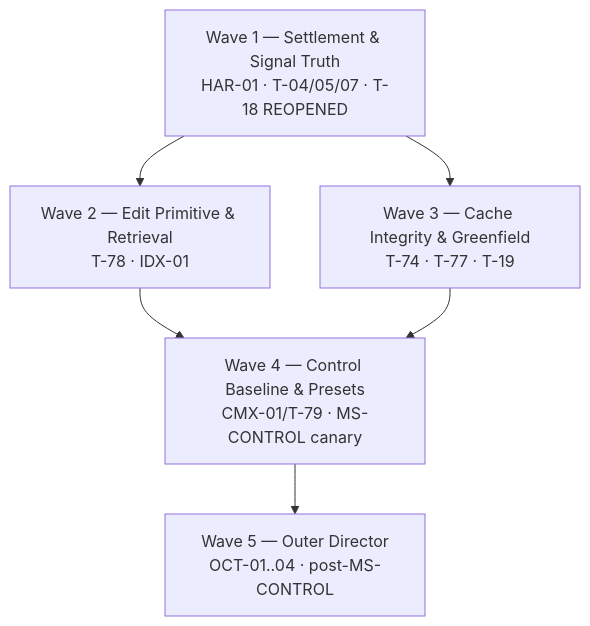
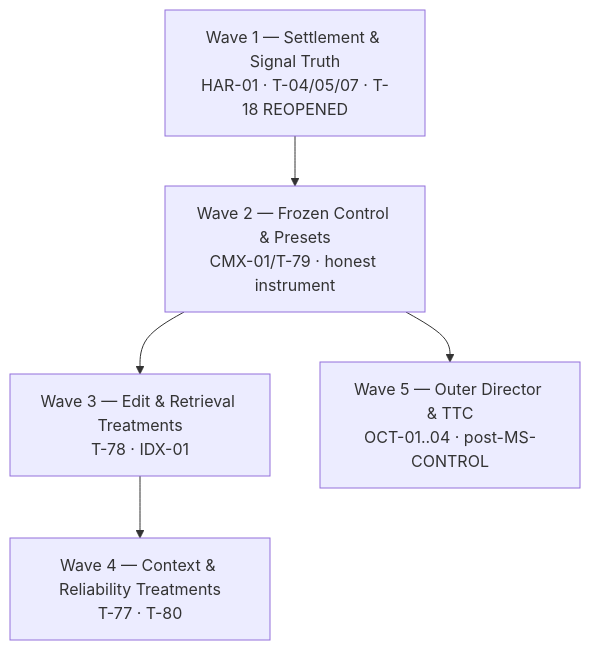
The diagram in .draft/ELECTROWEAK_SYNTHESIS_FINAL_v093.md (brainopensource/cognitive-framework), drawn with Mermaid before and after one commit. The commit also changed other lines of this file and 2 other files, not shown here.

````diff
--- a/.draft/ELECTROWEAK_SYNTHESIS_FINAL_v093.md
+++ b/.draft/ELECTROWEAK_SYNTHESIS_FINAL_v093.md
@@ -496,8 +550,7 @@
 ```mermaid
 graph TD
-    W1["Wave 1 — Settlement & Signal Truth<br/>HAR-01 · T-04/05/07 · T-18 REOPENED"] --> W2["Wave 2 — Edit Primitive & Retrieval<br/>T-78 · IDX-01"]
-    W1 --> W3["Wave 3 — Cache Integrity & Greenfield<br/>T-74 · T-77 · T-19"]
-    W2 --> W4["Wave 4 — Control Baseline & Presets<br/>CMX-01/T-79 · MS-CONTROL canary"]
-    W3 --> W4
-    W4 --> W5["Wave 5 — Outer Director<br/>OCT-01..04 · post-MS-CONTROL"]
+    W1["Wave 1 — Settlement & Signal Truth<br/>HAR-01 · T-04/05/07 · T-18 REOPENED"] --> W2["Wave 2 — Frozen Control & Presets<br/>CMX-01/T-79 · honest instrument"]
+    W2 --> W3["Wave 3 — Edit & Retrieval Treatments<br/>T-78 · IDX-01"]
+    W3 --> W4["Wave 4 — Context & Reliability Treatments<br/>T-77 · T-80"]
+    W2 --> W5["Wave 5 — Outer Director & TTC<br/>OCT-01..04 · post-MS-CONTROL"]
 ```
````
